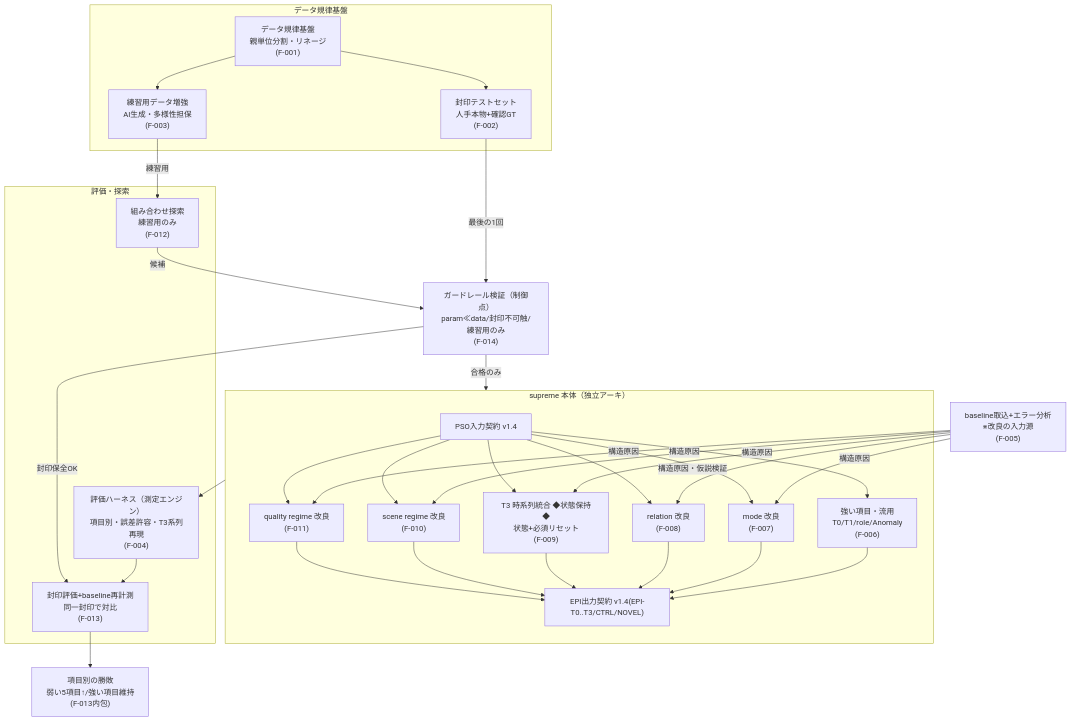
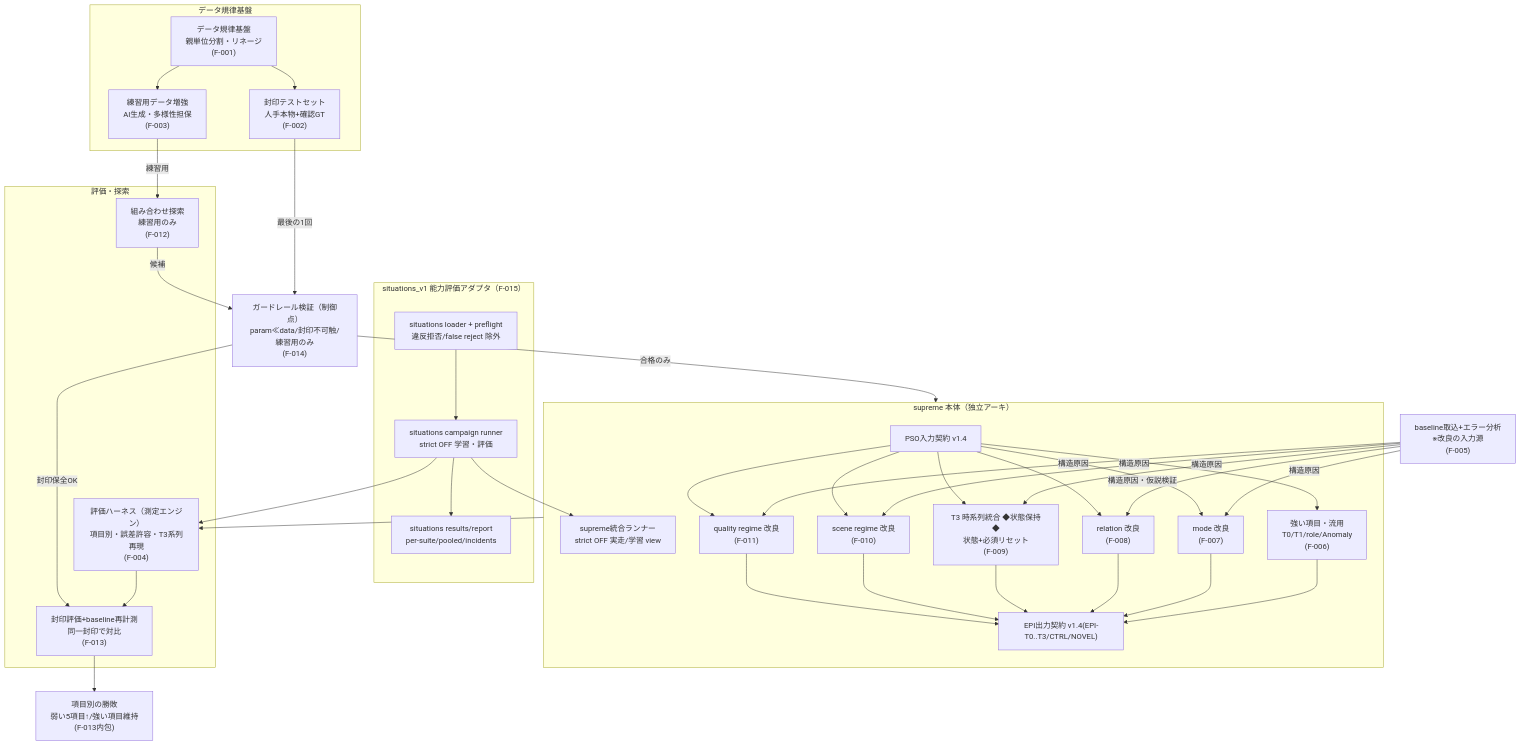
One commit to wyokota3/planA-supreme8-newrule changed the first of 4 diagrams in specs/ARCHITECTURE.md. Above: the diagram before and after it, drawn with Mermaid. The commit also changed other lines of this file and 1 other file, not shown here.

Commit message:
docs(F-015): ARCHITECTURE.md/status.json に situations アダプタのノード・エッジを同期
Claude-Session: https://claude.ai/code/session_015dRDU8eTmVrD7VFHuQDX1N

````diff
--- a/specs/ARCHITECTURE.md
+++ b/specs/ARCHITECTURE.md
@@ -11,54 +11,66 @@
 ```mermaid
 graph TD
     subgraph data["データ規律基盤"]
         datagov["データ規律基盤<br/>親単位分割・リネージ<br/>(F-001)"]
         sealset["封印テストセット<br/>人手本物+確認GT<br/>(F-002)"]
         augment["練習用データ増強<br/>AI生成・多様性担保<br/>(F-003)"]
     end
 
     erroran["baseline取込+エラー分析<br/>※改良の入力源<br/>(F-005)"]
 
     subgraph supreme["supreme 本体（独立アーキ）"]
         epiin["PSO入力契約 v1.4"]
+        core["supreme統合ランナー<br/>strict OFF 実走/学習 view"]
         strong["強い項目・流用<br/>T0/T1/role/Anomaly<br/>(F-006)"]
         mode["mode 改良<br/>(F-007)"]
         relation["relation 改良<br/>(F-008)"]
         t3["T3 時系列統合 ◆状態保持◆<br/>状態+必須リセット<br/>(F-009)"]
         scene["scene regime 改良<br/>(F-010)"]
         quality["quality regime 改良<br/>(F-011)"]
         epiout["EPI出力契約 v1.4(EPI-T0..T3/CTRL/NOVEL)"]
+    end
+
+    subgraph situations["situations_v1 能力評価アダプタ（F-015）"]
+        sitload["situations loader + preflight<br/>違反拒否/false reject 除外"]
+        sitrun["situations campaign runner<br/>strict OFF 学習・評価"]
+        sitreport["situations results/report<br/>per-suite/pooled/incidents"]
     end
 
     subgraph evalsys["評価・探索"]
         harness["評価ハーネス（測定エンジン）<br/>項目別・誤差許容・T3系列再現<br/>(F-004)"]
         search["組み合わせ探索<br/>練習用のみ<br/>(F-012)"]
         sealeval["封印評価+baseline再計測<br/>同一封印で対比<br/>(F-013)"]
     end
 
     guard["ガードレール検証（制御点）<br/>param≪data/封印不可触/練習用のみ<br/>(F-014)"]
 
     datagov --> augment
     datagov --> sealset
 
     erroran -->|構造原因| mode
     erroran -->|構造原因・仮説検証| relation
     erroran -->|構造原因| scene
     erroran -->|構造原因| quality
     erroran -->|構造原因| t3
 
     epiin --> strong --> epiout
     epiin --> mode --> epiout
     epiin --> relation --> epiout
     epiin --> t3 --> epiout
     epiin --> scene --> epiout
     epiin --> quality --> epiout
 
+    sitload --> sitrun
+    sitrun --> core
+    sitrun --> harness
+    sitrun --> sitreport
+
     augment -->|練習用| search
     search -->|候補| guard
     guard -->|合格のみ| supreme
     supreme --> harness
     harness --> sealeval
     sealset -->|最後の1回| guard
     guard -->|封印保全OK| sealeval
     sealeval --> verdict["項目別の勝敗<br/>弱い5項目↑/強い項目維持<br/>(F-013内包)"]
 ```
````
